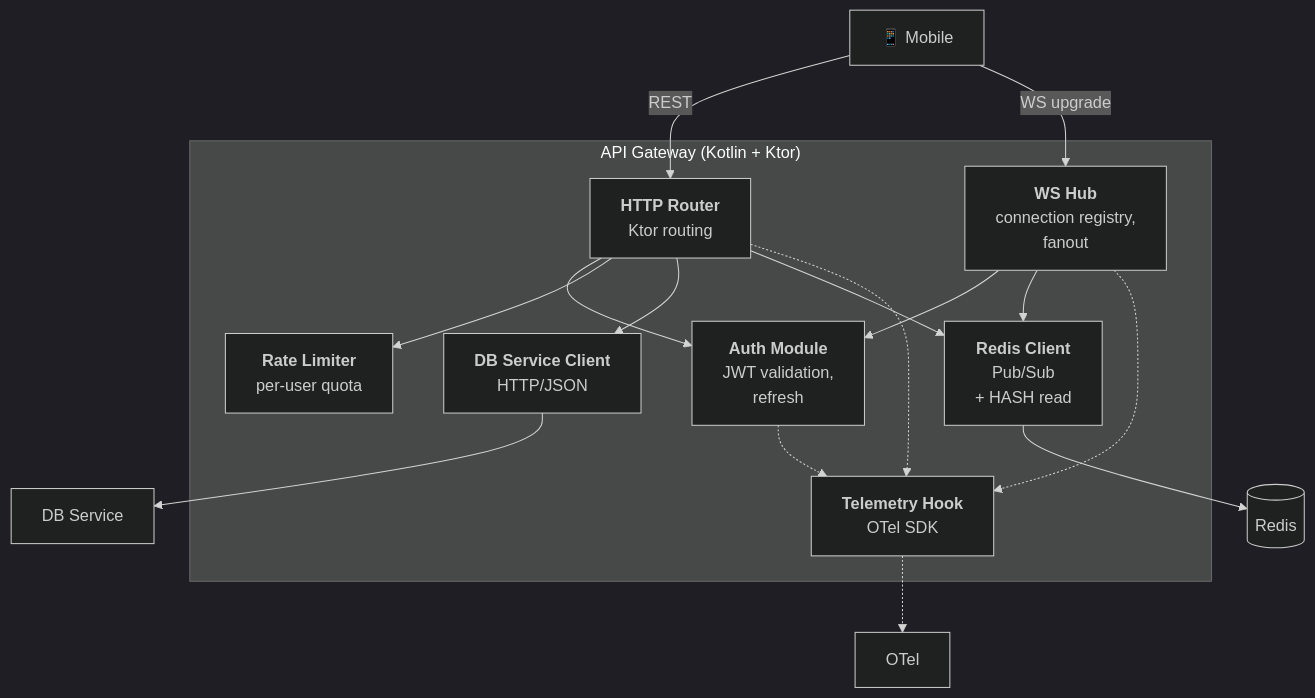
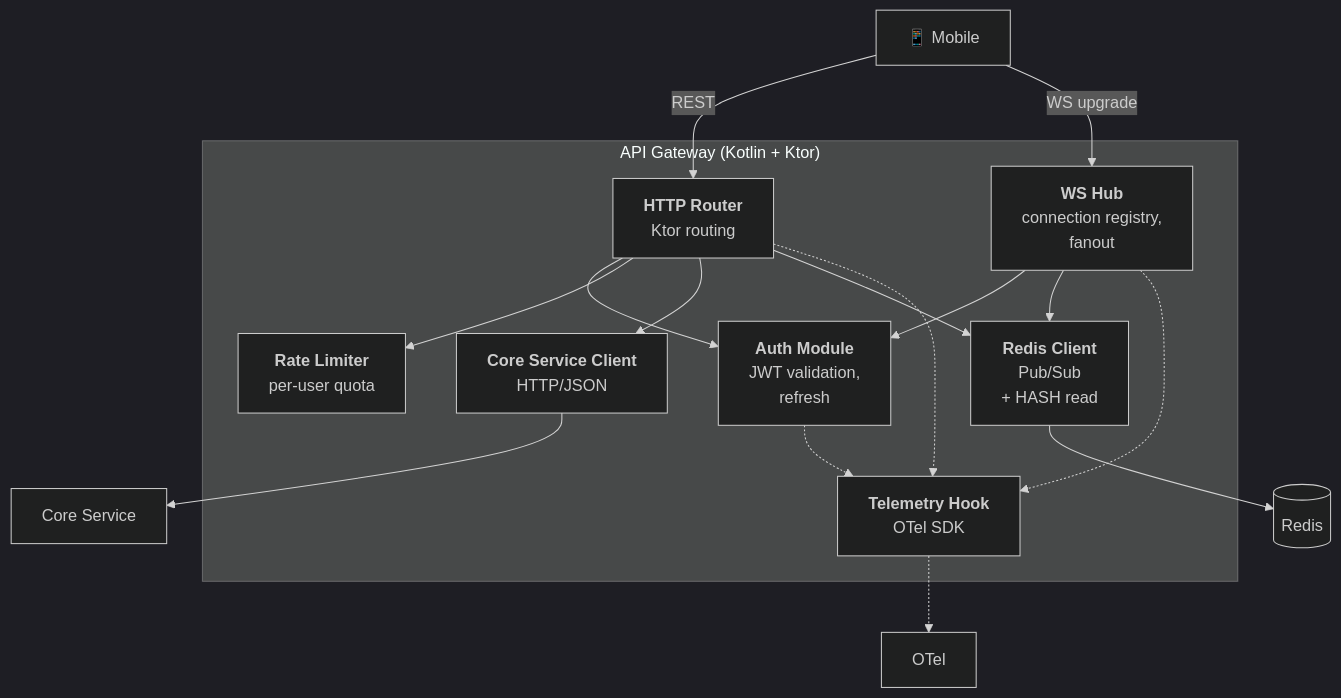
Before and after one commit to r4m63/Stockyard: the first of 6 diagrams in docs/architecture/03-components.md, drawn with Mermaid (dark theme). The commit also changed other lines of this file and 26 other files, not shown here.

First line of the commit message:
docs(arch): add storage operations, ADRs 007-009, rename DB Service to Core Service

````diff
--- a/docs/architecture/03-components.md
+++ b/docs/architecture/03-components.md
@@ -18,32 +18,32 @@
 ```mermaid
 graph TB
     subgraph GW["API Gateway (Kotlin + Ktor)"]
         Router["<b>HTTP Router</b><br/>Ktor routing"]
         WSHub["<b>WS Hub</b><br/>connection registry,<br/>fanout"]
         Auth["<b>Auth Module</b><br/>JWT validation,<br/>refresh"]
         RateLim["<b>Rate Limiter</b><br/>per-user quota"]
-        DBClient["<b>DB Service Client</b><br/>HTTP/JSON"]
+        DBClient["<b>Core Service Client</b><br/>HTTP/JSON"]
         RedisClient["<b>Redis Client</b><br/>Pub/Sub<br/>+ HASH read"]
         TelemHook["<b>Telemetry Hook</b><br/>OTel SDK"]
     end
 
     Mobile["📱 Mobile"]
-    DBSvc["DB Service"]
+    CoreSvc["Core Service"]
     Redis[("Redis")]
     OTel["OTel"]
 
     Mobile -->|REST| Router
     Mobile -->|WS upgrade| WSHub
     Router --> Auth
     Router --> RateLim
     Router --> DBClient
     WSHub --> Auth
     WSHub --> RedisClient
     Router --> RedisClient
-    DBClient --> DBSvc
+    DBClient --> CoreSvc
     RedisClient --> Redis
     Auth -.-> TelemHook
     Router -.-> TelemHook
     WSHub -.-> TelemHook
     TelemHook -.-> OTel
 ```
````
